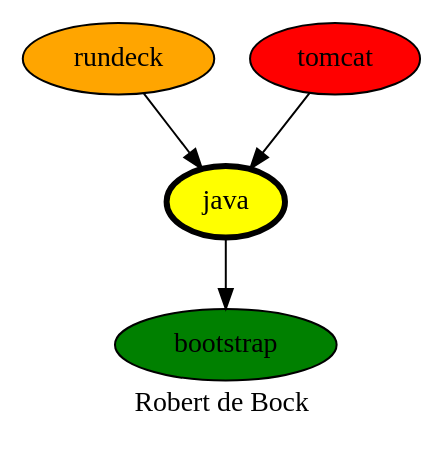
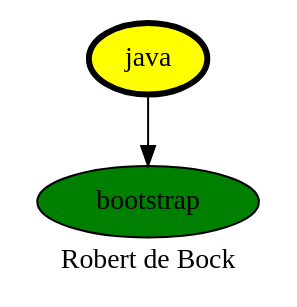
The diagram in java.dot (robertdebock/drawings), drawn with Graphviz before and after one commit. The commit also changed 12 other files, not shown here.

```diff
--- a/java.dot
+++ b/java.dot
@@ -1,12 +1,9 @@
 digraph PhiloDilemma {
   label = "Robert de Bock" ;
   overlap=false
   {
     bootstrap [fillcolor=green style=filled]
     java [fillcolor=yellow style=filled penwidth=3]
-    rundeck [fillcolor=orange style=filled]
-    tomcat [fillcolor=red style=filled]
   }
   java -> bootstrap
-  {rundeck tomcat} -> java
 }
```
